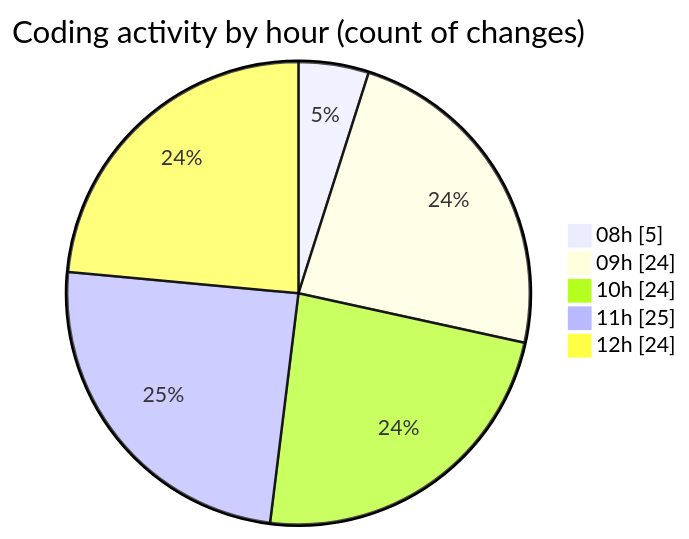
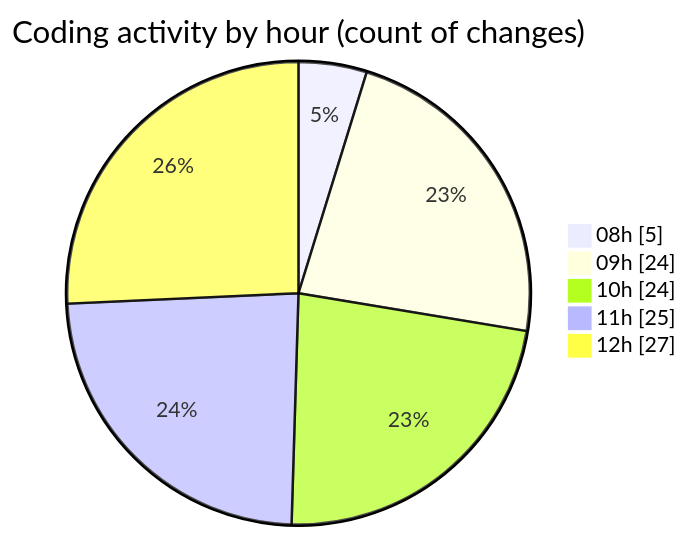
The second of 2 diagrams in 2025-11-24/cda/README.md (momahboobian/code-tracking), drawn with Mermaid before and after one commit. The commit also changed other lines of this file and 1 other file, not shown here.

````diff
--- a/2025-11-24/cda/README.md
+++ b/2025-11-24/cda/README.md
@@ -40,9 +40,9 @@
 ```mermaid
 pie showData
 title Coding activity by hour (count of changes)
 "08h" : 5
 "09h" : 24
 "10h" : 24
 "11h" : 25
-"12h" : 24
+"12h" : 27
 ```
````
